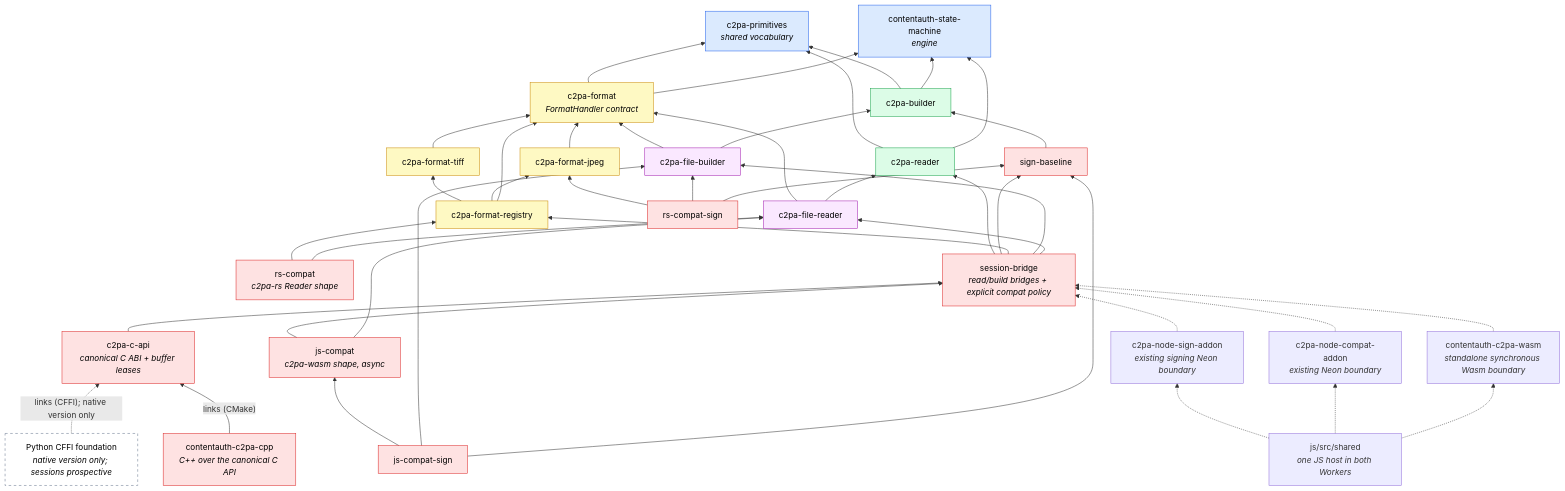
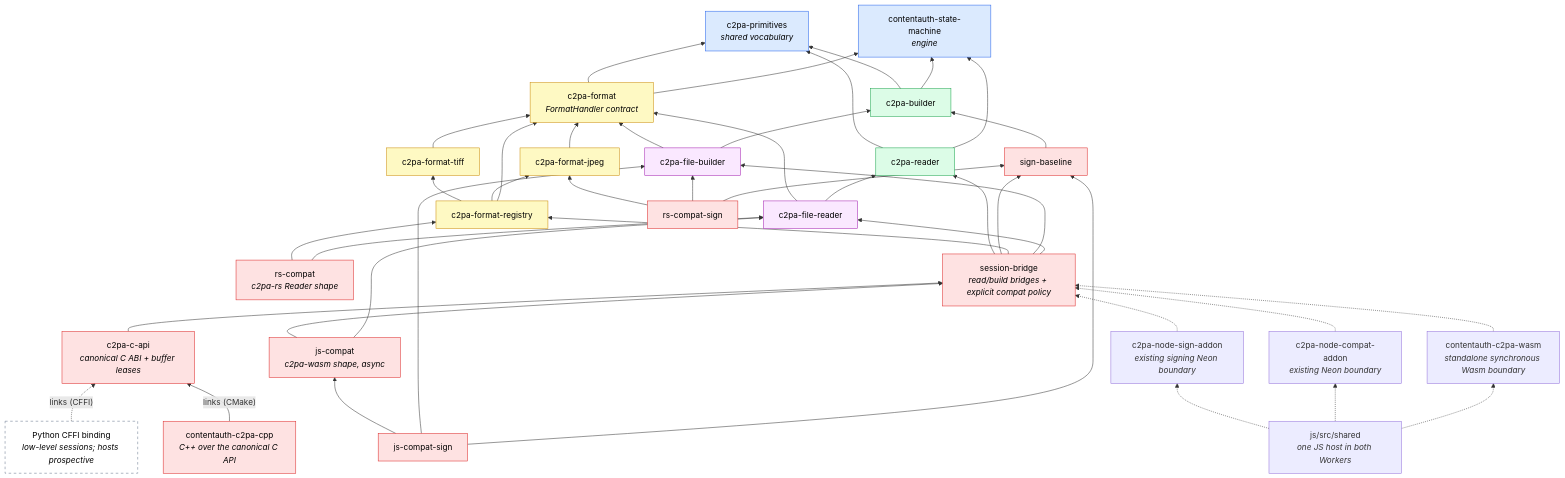
The first of 2 diagrams in docs/walkthrough/02-architecture.md (scouten/state-machine-experiment), drawn with Mermaid before and after one commit. The commit also changed other lines of this file and 19 other files, not shown here.

First line of the commit message:
Add typed low-level Python read and build sessions

````diff
--- a/docs/walkthrough/02-architecture.md
+++ b/docs/walkthrough/02-architecture.md
@@ -15,66 +15,66 @@
 ```mermaid
 flowchart BT
     SM["contentauth-state-machine<br/><i>engine</i>"]
     PR["c2pa-primitives<br/><i>shared vocabulary</i>"]
 
     RD["c2pa-reader"]
     BD["c2pa-builder"]
     FM["c2pa-format<br/><i>FormatHandler contract</i>"]
 
     JP["c2pa-format-jpeg"]
     TF["c2pa-format-tiff"]
     RG["c2pa-format-registry"]
 
     FR["c2pa-file-reader"]
     FB["c2pa-file-builder"]
 
     RSC["rs-compat<br/><i>c2pa-rs Reader shape</i>"]
     JSC["js-compat<br/><i>c2pa-wasm shape, async</i>"]
     BR["session-bridge<br/><i>read/build bridges + explicit compat policy</i>"]
 
     SB["sign-baseline"]
     RSS["rs-compat-sign"]
     JSS["js-compat-sign"]
     HOST["js/src/shared<br/><i>one JS host in both Workers</i>"]
     PW["contentauth-c2pa-wasm<br/><i>standalone synchronous Wasm boundary</i>"]
     PN["c2pa-node-compat-addon<br/><i>existing Neon boundary</i>"]
     PNS["c2pa-node-sign-addon<br/><i>existing signing Neon boundary</i>"]
     CPP["contentauth-c2pa-cpp<br/><i>C++ over the canonical C API</i>"]
-    PY["Python CFFI foundation<br/><i>native version only; sessions prospective</i>"]
+    PY["Python CFFI binding<br/><i>low-level sessions; hosts prospective</i>"]
     CAPI["c2pa-c-api<br/><i>canonical C ABI + buffer leases</i>"]
 
     RD --> SM & PR
     BD --> SM & PR
     FM --> SM & PR
     JP --> FM
     TF --> FM
     RG --> FM & JP & TF
     FR --> RD & FM
     FB --> BD & FM
     RSC --> FR & RG
     JSC --> FR & BR
     BR --> FR & FB & RG & SB & RD
     SB --> BD
     RSS --> SB & FB & JP
     JSS --> SB & FB & JSC
     HOST -.-> PW & PN & PNS
     PW -.-> BR
     PN -.-> BR
     PNS -.-> BR
     CPP -->|"links (CMake)"| CAPI
-    PY -.->|"links (CFFI); native version only"| CAPI
+    PY -.->|"links (CFFI)"| CAPI
     CAPI --> BR
 
     classDef engine fill:#dbeafe,stroke:#2563eb,color:#000
     classDef core fill:#dcfce7,stroke:#16a34a,color:#000
     classDef fmt fill:#fef9c3,stroke:#ca8a04,color:#000
     classDef glue fill:#fae8ff,stroke:#a21caf,color:#000
     classDef bind fill:#fee2e2,stroke:#dc2626,color:#000
     classDef proposed fill:#fff,stroke:#64748b,stroke-dasharray:5 5,color:#000
     class SM,PR engine
     class RD,BD core
     class FM,JP,TF,RG fmt
     class FR,FB glue
     class RSC,JSC,BR,CPP,SB,RSS,JSS,CAPI bind
     class PY proposed
 ```
````
